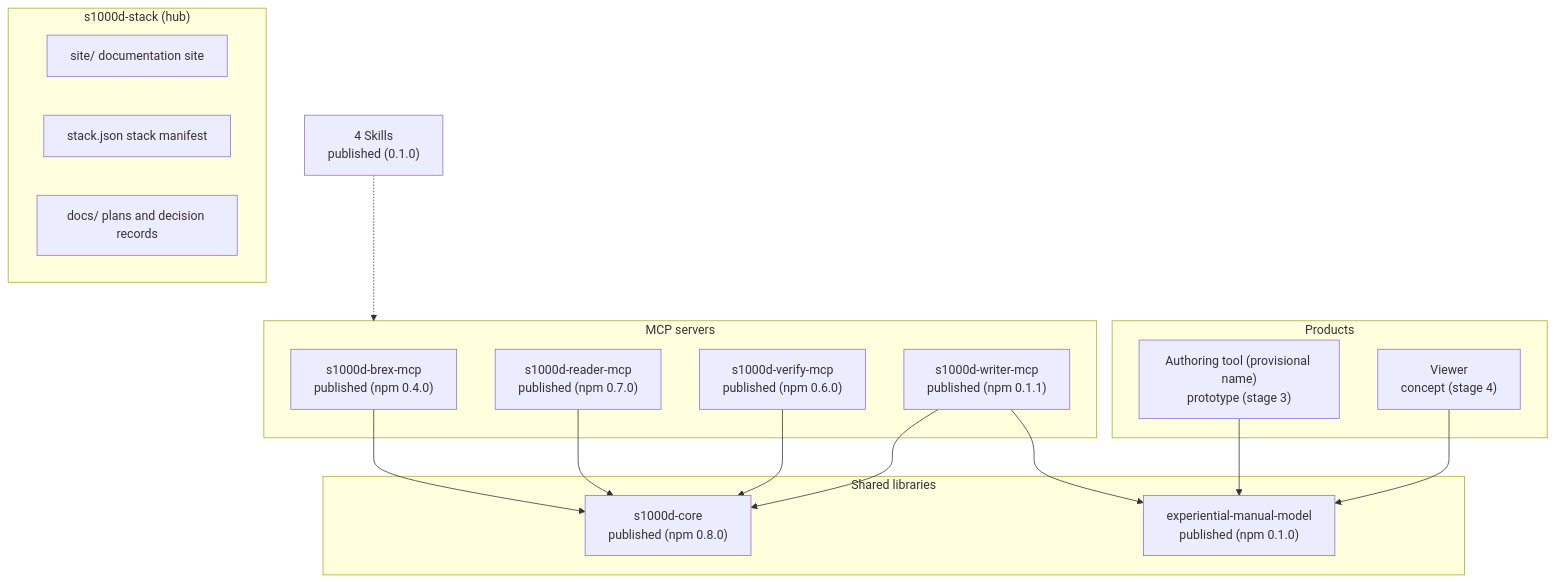
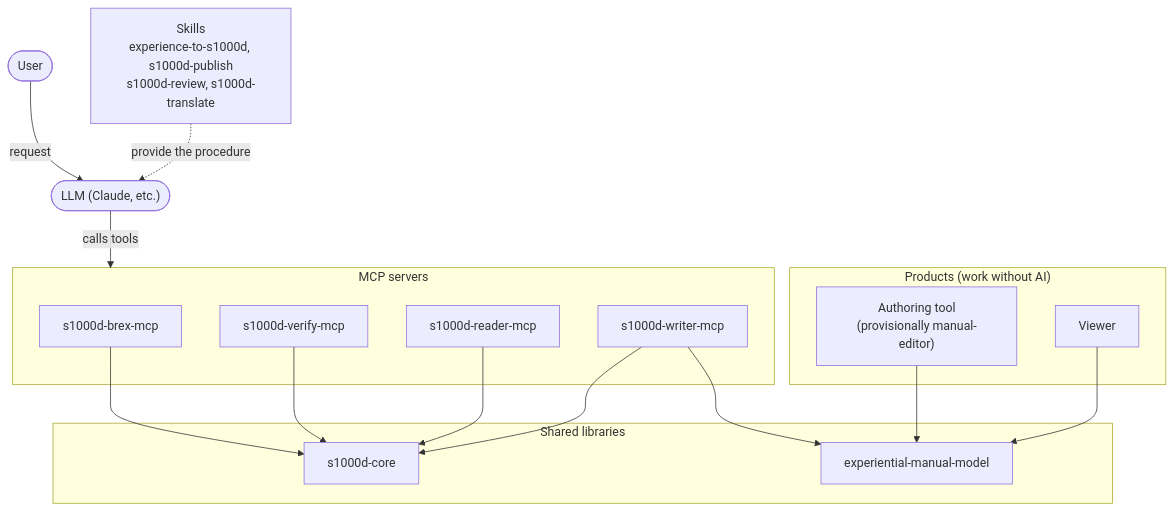
The diagram in site/src/content/docs/guide/architecture.md (shuji-bonji/s1000d-stack), drawn with Mermaid before and after one commit. The commit also changed other lines of this file and 29 other files, not shown here.

````diff
--- a/site/src/content/docs/guide/architecture.md
+++ b/site/src/content/docs/guide/architecture.md
@@ -10,31 +8,27 @@
 ```mermaid
 flowchart TB
-  subgraph Hub["s1000d-stack (hub)"]
-    SITE["site/ documentation site"]
-    STACK["stack.json stack manifest"]
-    DOCS["docs/ plans and decision records"]
+  U(["User"]) -->|request| LLM(["LLM (Claude, etc.)"])
+  SK["Skills<br/>experience-to-s1000d, s1000d-publish<br/>s1000d-review, s1000d-translate"] -. provide the procedure .-> LLM
+  LLM -->|calls tools| Mcp
+  subgraph Mcp["MCP servers"]
+    BREX["s1000d-brex-mcp"]
+    V["s1000d-verify-mcp"]
+    R["s1000d-reader-mcp"]
+    W["s1000d-writer-mcp"]
   end
   subgraph Lib["Shared libraries"]
-    CORE["s1000d-core<br/>published (npm 0.8.0)"]
-    MODEL["experiential-manual-model<br/>published (npm 0.1.0)"]
+    CORE["s1000d-core"]
+    MODEL["experiential-manual-model"]
   end
-  subgraph Mcp["MCP servers"]
-    BREX["s1000d-brex-mcp<br/>published (npm 0.4.0)"]
-    R["s1000d-reader-mcp<br/>published (npm 0.7.0)"]
-    V["s1000d-verify-mcp<br/>published (npm 0.6.0)"]
-    W["s1000d-writer-mcp<br/>published (npm 0.1.1)"]
+  subgraph App["Products (work without AI)"]
+    ED["Authoring tool<br/>(provisionally manual-editor)"]
+    VW["Viewer"]
   end
-  subgraph App["Products"]
-    ED["Authoring tool (provisional name)<br/>prototype (stage 3)"]
-    VW["Viewer<br/>concept (stage 4)"]
-  end
-  SK["4 Skills<br/>published (0.1.0)"]
   BREX --> CORE
+  V --> CORE
   R --> CORE
-  V --> CORE
   W --> CORE
   W --> MODEL
   ED --> MODEL
   VW --> MODEL
-  SK -.-> Mcp
 ```
````
